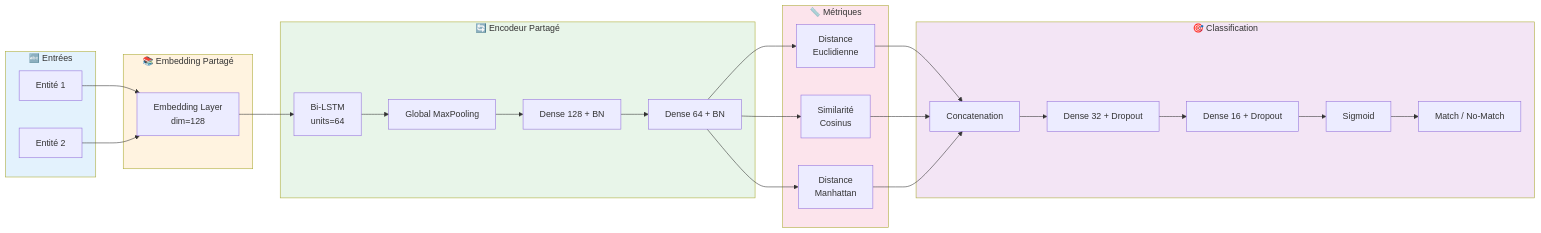
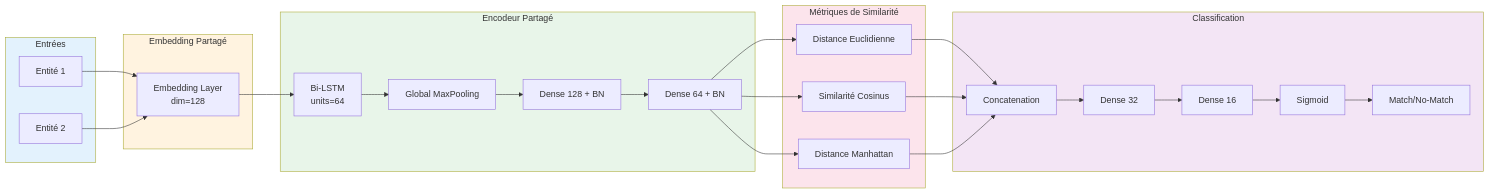
The second of 3 diagrams in README.md (mounirlamsayah/Entity_Resolution_MLOps), drawn with Mermaid before and after one commit. The commit also changed other lines of this file, not shown here.

````diff
--- a/README.md
+++ b/README.md
@@ -131,55 +126,55 @@
 ```mermaid
 graph LR
-    subgraph Input["🔤 Entrées"]
+    subgraph Input["Entrées"]
         A[Entité 1] 
         B[Entité 2]
     end
     
-    subgraph Embedding["📚 Embedding Partagé"]
+    subgraph Embedding["Embedding Partagé"]
         C[Embedding Layer<br/>dim=128]
     end
     
-    subgraph Encoder["🔄 Encodeur Partagé"]
+    subgraph Encoder["Encodeur Partagé"]
         D[Bi-LSTM<br/>units=64]
         E[Global MaxPooling]
         F[Dense 128 + BN]
         G[Dense 64 + BN]
     end
     
-    subgraph Similarity["📏 Métriques"]
-        H[Distance<br/>Euclidienne]
-        I[Similarité<br/>Cosinus]
-        J[Distance<br/>Manhattan]
+    subgraph Similarity["Métriques de Similarité"]
+        H[Distance Euclidienne]
+        I[Similarité Cosinus]
+        J[Distance Manhattan]
     end
     
-    subgraph Output["🎯 Classification"]
+    subgraph Output["Classification"]
         K[Concatenation]
-        L[Dense 32 + Dropout]
-        M[Dense 16 + Dropout]
+        L[Dense 32]
+        M[Dense 16]
         N[Sigmoid]
-        O[Match / No-Match]
+        O[Match/No-Match]
     end
     
     A --> C
     B --> C
     C --> D
     D --> E
     E --> F
     F --> G
     G --> H
     G --> I
     G --> J
     H --> K
     I --> K
     J --> K
     K --> L
     L --> M
     M --> N
     N --> O
     
     style Input fill:#e3f2fd
     style Embedding fill:#fff3e0
     style Encoder fill:#e8f5e9
     style Similarity fill:#fce4ec
     style Output fill:#f3e5f5
 ```
````
